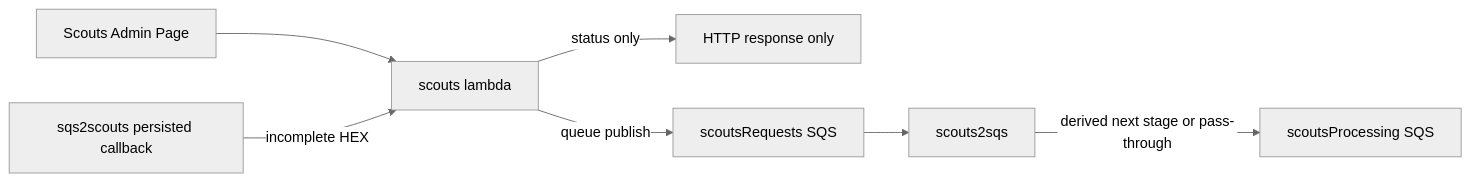
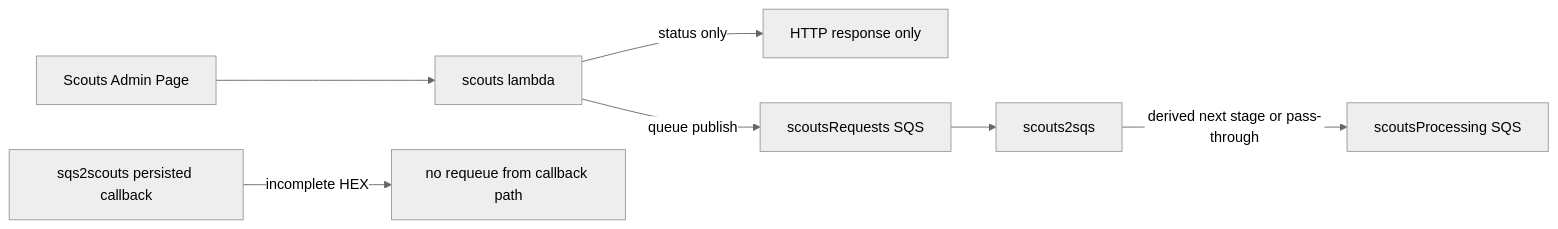
One commit to antonio1000homens/scouts changed the diagram in lambdas/scouts/docs/ADMIN-TO-SCOUTSREQUESTS-MAPPING.md. Above: the diagram before and after it, drawn with Mermaid (neutral theme). The commit also changed other lines of this file and 5 other files, not shown here.

````diff
--- a/lambdas/scouts/docs/ADMIN-TO-SCOUTSREQUESTS-MAPPING.md
+++ b/lambdas/scouts/docs/ADMIN-TO-SCOUTSREQUESTS-MAPPING.md
@@ -20,9 +20,9 @@
 ```mermaid
 flowchart LR
   A[Scouts Admin Page] --> B[scouts lambda]
   B -->|status only| C[HTTP response only]
   B -->|queue publish| D[scoutsRequests SQS]
   D --> E[scouts2sqs]
   E -->|derived next stage or pass-through| F[scoutsProcessing SQS]
-  G[sqs2scouts persisted callback] -->|incomplete HEX| B
+  G[sqs2scouts persisted callback] -->|incomplete HEX| H[no requeue from callback path]
 ```
````
